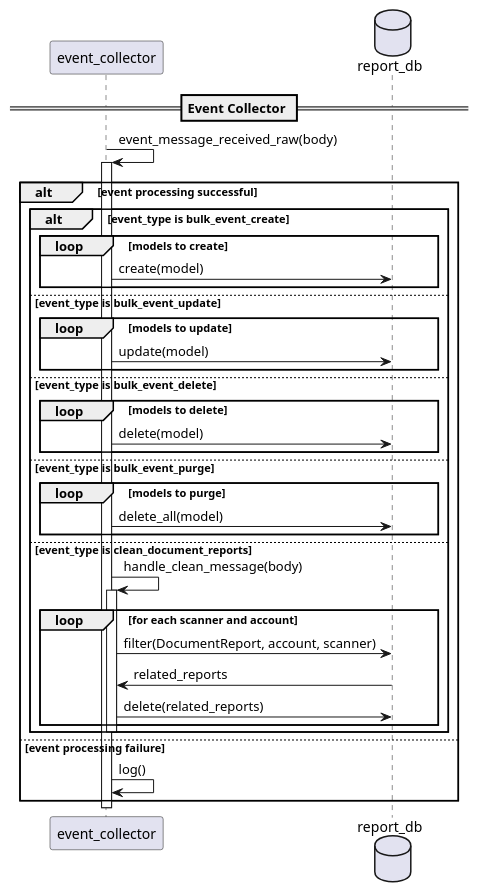
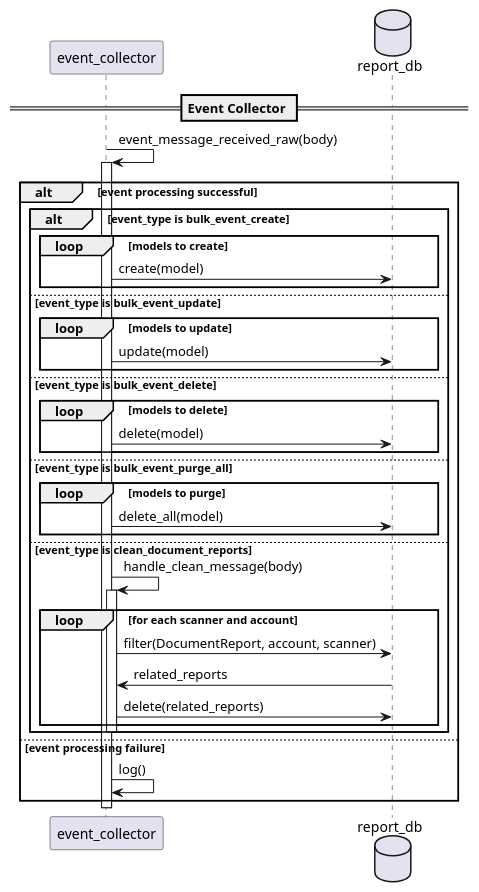
The diagram in docs/architecture/os2ds_sequence_event_collector.puml (magenta-aps/osdatascanner), drawn with PlantUML before and after one commit. The commit also changed 4 other files, not shown here.

```diff
--- a/docs/architecture/os2ds_sequence_event_collector.puml
+++ b/docs/architecture/os2ds_sequence_event_collector.puml
@@ -1,42 +1,42 @@
 @startuml
 participant event_collector as ec
 database report_db
 
 
 == Event Collector ==
 
 ec -> ec : event_message_received_raw(body)
 activate ec
         alt event processing successful
                 alt event_type is bulk_event_create
                         loop models to create
                                 ec -> report_db : create(model)
                         end
                 else event_type is bulk_event_update
                         loop models to update
                                 ec -> report_db : update(model)
                         end
                 else event_type is bulk_event_delete
                         loop models to delete
                                 ec -> report_db : delete(model)
                         end
-                else event_type is bulk_event_purge
+                else event_type is bulk_event_purge_all
                         loop models to purge
                                 ec -> report_db : delete_all(model)
                         end
                 else event_type is clean_document_reports
                         ec -> ec : handle_clean_message(body)
                         activate ec
                                 loop for each scanner and account
                                         ec -> report_db : filter(DocumentReport, account, scanner)
                                         report_db -> ec : related_reports
                                         ec -> report_db : delete(related_reports)
                                 end
                         deactivate ec
                 end
         else event processing failure
                 ec -> ec : log()
         end
 deactivate ec
 
 @enduml
```
